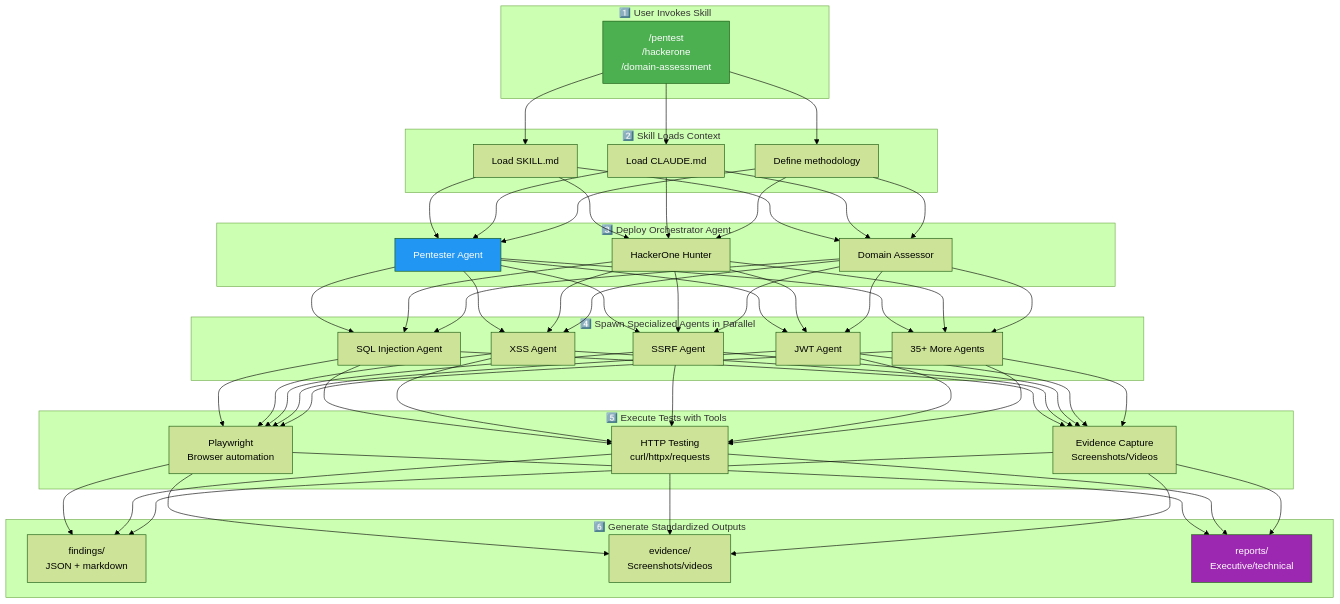
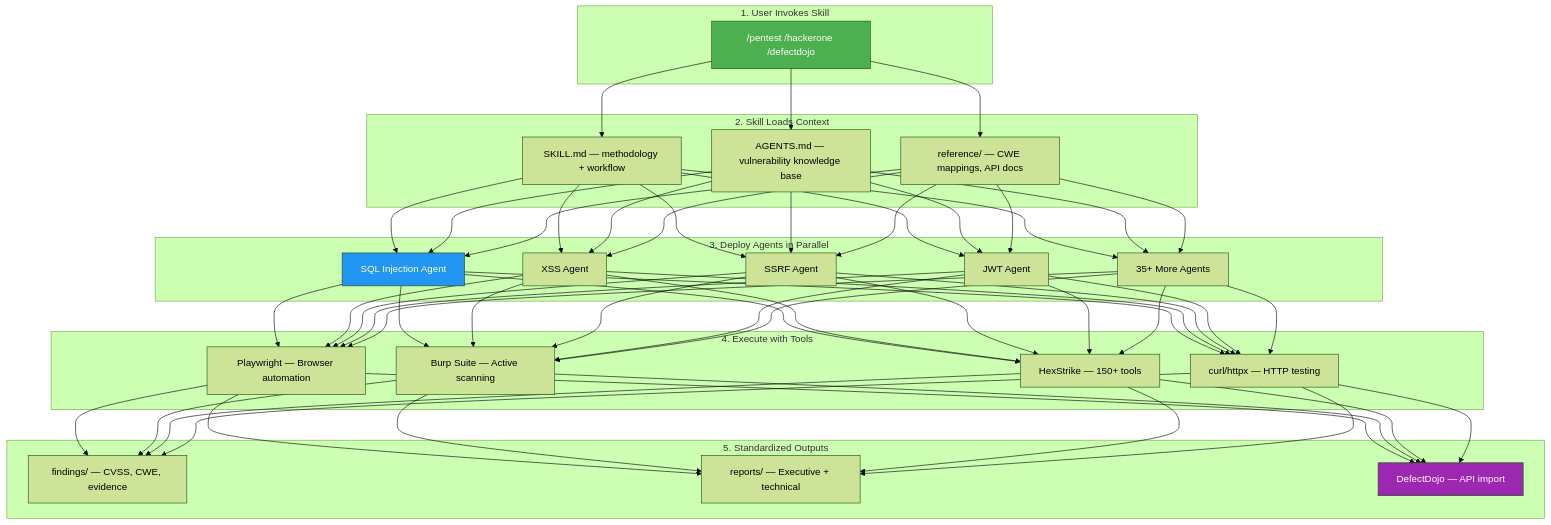
The second of 2 diagrams in README.md (julioxus/julius), drawn with Mermaid (forest theme) before and after one commit. The commit also changed other lines of this file, not shown here.

First line of the commit message:
docs: update README with 42 skills, new integrations, and current architecture

````diff
--- a/README.md
+++ b/README.md
@@ -545,48 +382,42 @@
 ```mermaid
 flowchart TB
-    subgraph "1️⃣ User Invokes Skill"
-        A["/pentest<br/>/hackerone<br/>/domain-assessment"]
+    subgraph "1. User Invokes Skill"
+        A["/pentest /hackerone /defectdojo"]
     end
 
-    subgraph "2️⃣ Skill Loads Context"
-        B1[Load SKILL.md]
-        B2[Load CLAUDE.md]
-        B3[Define methodology]
+    subgraph "2. Skill Loads Context"
+        B1[SKILL.md — methodology + workflow]
+        B2[AGENTS.md — vulnerability knowledge base]
+        B3[reference/ — CWE mappings, API docs]
     end
 
-    subgraph "3️⃣ Deploy Orchestrator Agent"
-        C1[Pentester Agent]
-        C2[HackerOne Hunter]
-        C3[Domain Assessor]
-    end
-
-    subgraph "4️⃣ Spawn Specialized Agents in Parallel"
+    subgraph "3. Deploy Agents in Parallel"
         D1[SQL Injection Agent]
         D2[XSS Agent]
         D3[SSRF Agent]
         D4[JWT Agent]
         D5[35+ More Agents]
     end
 
-    subgraph "5️⃣ Execute Tests with Tools"
-        E1[Playwright<br/>Browser automation]
-        E2[HTTP Testing<br/>curl/httpx/requests]
-        E3[Evidence Capture<br/>Screenshots/Videos]
+    subgraph "4. Execute with Tools"
+        E1[Playwright — Browser automation]
+        E2[Burp Suite — Active scanning]
+        E3[HexStrike — 150+ tools]
+        E4[curl/httpx — HTTP testing]
     end
 
-    subgraph "6️⃣ Generate Standardized Outputs"
-        F1[findings/<br/>JSON + markdown]
-        F2[evidence/<br/>Screenshots/videos]
-        F3[reports/<br/>Executive/technical]
+    subgraph "5. Standardized Outputs"
+        F1[findings/ — CVSS, CWE, evidence]
+        F2[reports/ — Executive + technical]
+        F3[DefectDojo — API import]
     end
 
     A --> B1 & B2 & B3
-    B1 & B2 & B3 --> C1 & C2 & C3
-    C1 & C2 & C3 --> D1 & D2 & D3 & D4 & D5
-    D1 & D2 & D3 & D4 & D5 --> E1 & E2 & E3
-    E1 & E2 & E3 --> F1 & F2 & F3
+    B1 & B2 & B3 --> D1 & D2 & D3 & D4 & D5
+    D1 & D2 & D3 & D4 & D5 --> E1 & E2 & E3 & E4
+    E1 & E2 & E3 & E4 --> F1 & F2 & F3
 
     style A fill:#4CAF50,color:#fff
-    style C1 fill:#2196F3,color:#fff
+    style D1 fill:#2196F3,color:#fff
     style F3 fill:#9C27B0,color:#fff
 ```
````
